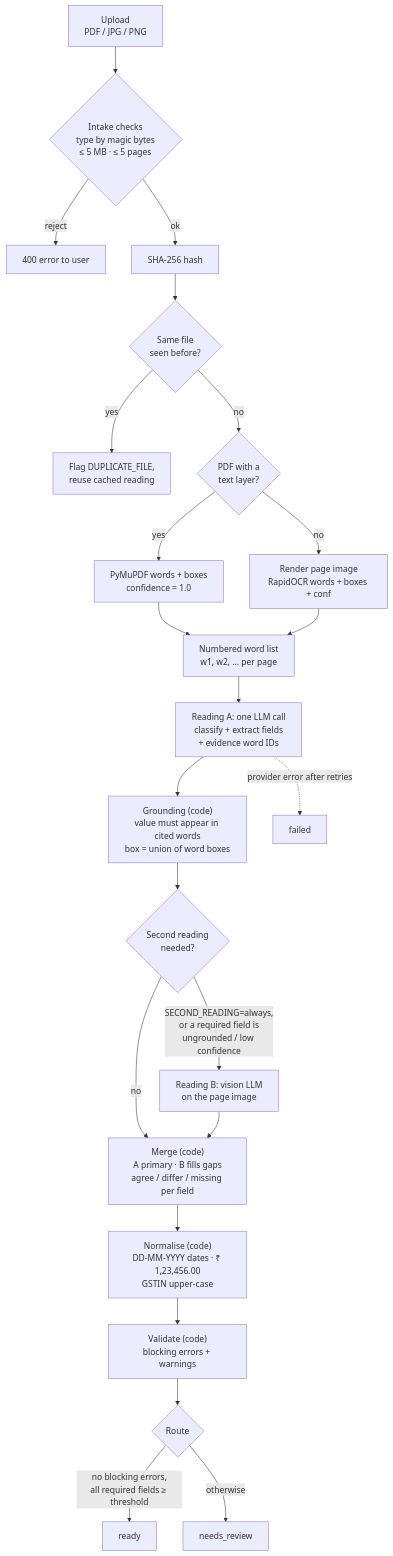
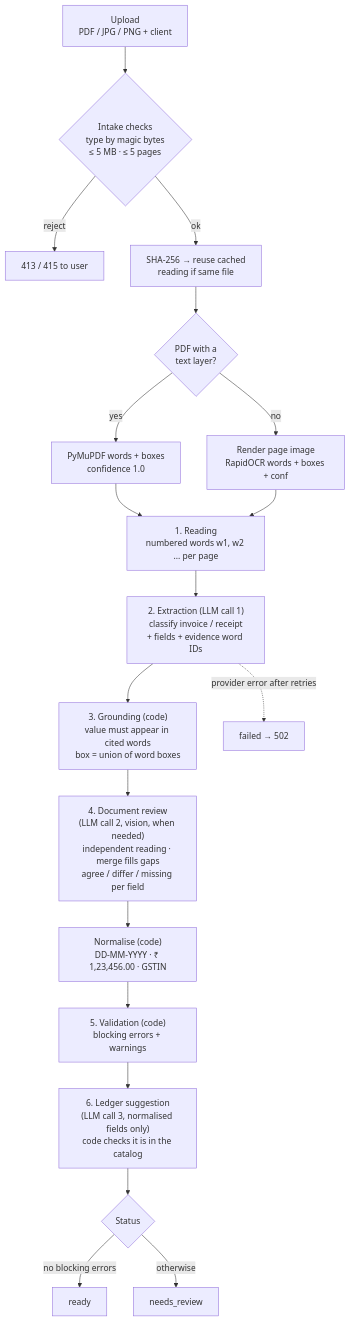
The fourth of 7 diagrams in docs/architecture.md (indiragothi/invoice-review), drawn with Mermaid before and after one commit. The commit also changed other lines of this file and 14 other files, not shown here.

````diff
--- a/docs/architecture.md
+++ b/docs/architecture.md
@@ -80,25 +114,21 @@
 ```mermaid
 flowchart TD
-    A["Upload<br/>PDF / JPG / PNG"] --> B{"Intake checks<br/>type by magic bytes<br/>≤ 5 MB · ≤ 5 pages"}
-    B -- reject --> X["400 error to user"]
-    B -- ok --> C["SHA-256 hash"]
-    C --> D{"Same file<br/>seen before?"}
-    D -- yes --> D1["Flag DUPLICATE_FILE,<br/>reuse cached reading"]
-    D -- no --> E{"PDF with a<br/>text layer?"}
-    E -- yes --> F["PyMuPDF words + boxes<br/>confidence = 1.0"]
+    A["Upload<br/>PDF / JPG / PNG + client"] --> B{"Intake checks<br/>type by magic bytes<br/>≤ 5 MB · ≤ 5 pages"}
+    B -- reject --> X["413 / 415 to user"]
+    B -- ok --> C["SHA-256 → reuse cached<br/>reading if same file"]
+    C --> E{"PDF with a<br/>text layer?"}
+    E -- yes --> F["PyMuPDF words + boxes<br/>confidence 1.0"]
     E -- no --> G["Render page image<br/>RapidOCR words + boxes + conf"]
-    F --> H["Numbered word list<br/>w1, w2, ... per page"]
+    F --> H["1. Reading<br/>numbered words w1, w2 ... per page"]
     G --> H
-    H --> I["Reading A: one LLM call<br/>classify + extract fields<br/>+ evidence word IDs"]
-    I --> J["Grounding (code)<br/>value must appear in cited words<br/>box = union of word boxes"]
-    J --> K{"Second reading<br/>needed?"}
-    K -- "SECOND_READING=always,<br/>or a required field is<br/>ungrounded / low confidence" --> L["Reading B: vision LLM<br/>on the page image"]
-    K -- no --> M
-    L --> M["Merge (code)<br/>A primary · B fills gaps<br/>agree / differ / missing per field"]
-    M --> N["Normalise (code)<br/>DD-MM-YYYY dates · ₹ 1,23,456.00<br/>GSTIN upper-case"]
-    N --> O["Validate (code)<br/>blocking errors + warnings"]
-    O --> P{"Route"}
-    P -- "no blocking errors,<br/>all required fields ≥ threshold" --> Q["ready"]
+    H --> I["2. Extraction (LLM call 1)<br/>classify invoice / receipt<br/>+ fields + evidence word IDs"]
+    I --> J["3. Grounding (code)<br/>value must appear in cited words<br/>box = union of word boxes"]
+    J --> K["4. Document review<br/>(LLM call 2, vision, when needed)<br/>independent reading · merge fills gaps<br/>agree / differ / missing per field"]
+    K --> N["Normalise (code)<br/>DD-MM-YYYY · ₹ 1,23,456.00 · GSTIN"]
+    N --> O["5. Validation (code)<br/>blocking errors + warnings"]
+    O --> L["6. Ledger suggestion<br/>(LLM call 3, normalised fields only)<br/>code checks it is in the catalog"]
+    L --> P{"Status"}
+    P -- "no blocking errors" --> Q["ready"]
     P -- otherwise --> R["needs_review"]
-    I -. "provider error after retries" .-> S["failed"]
+    I -. "provider error after retries" .-> S["failed → 502"]
 ```
````
